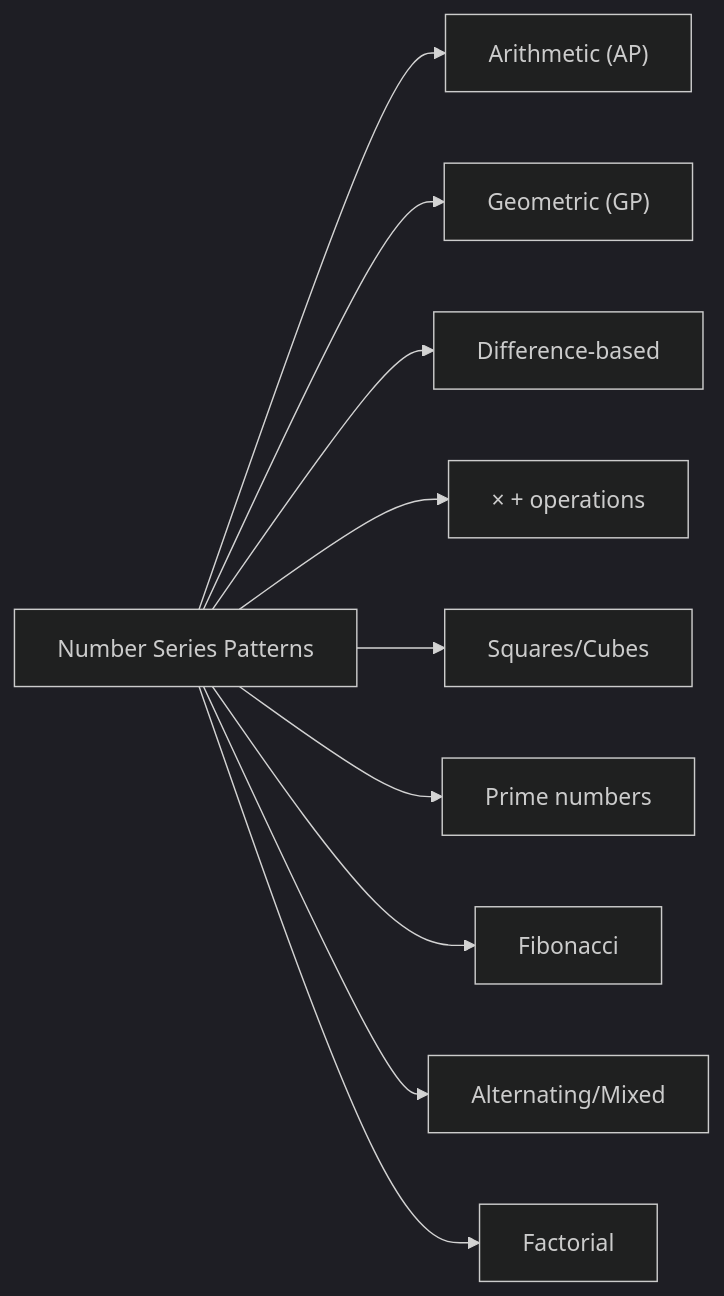
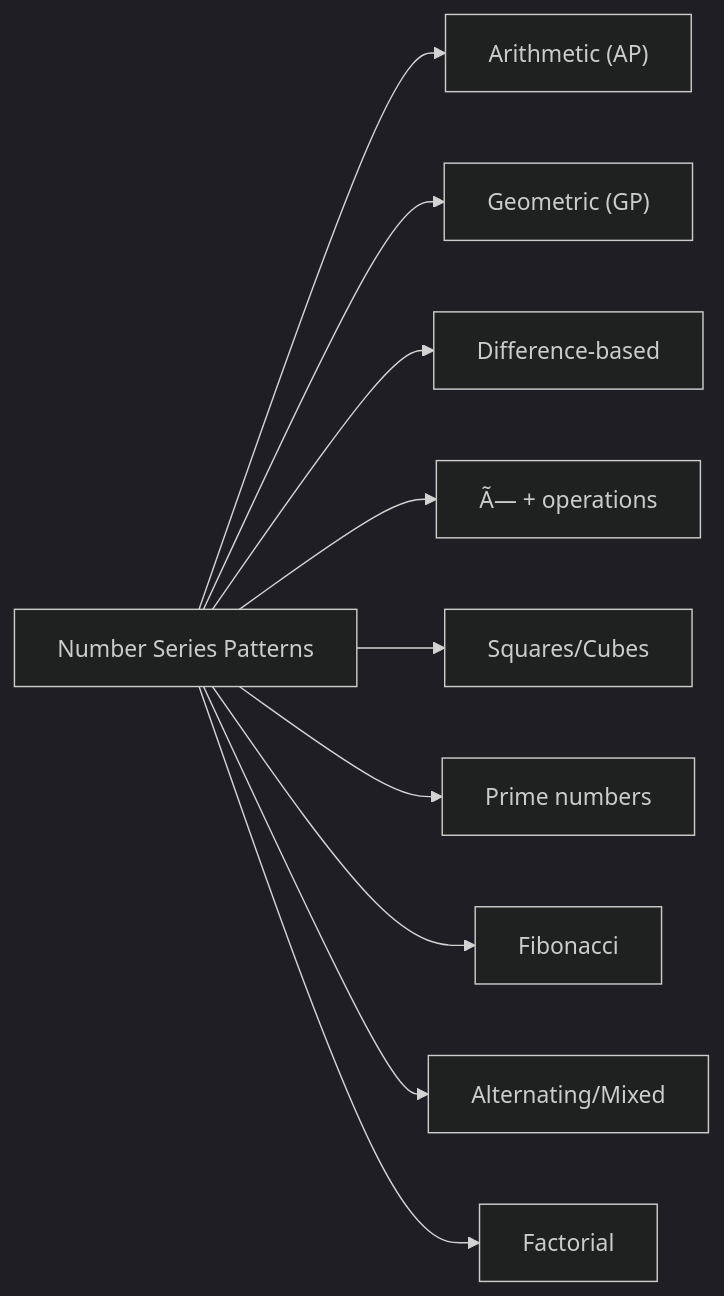
The second of 6 diagrams in docs/courses/quantitative-aptitude/04-number-series.md (Raushan666java/ai-engineering-journey), drawn with Mermaid (dark theme) before and after one commit. The commit also changed other lines of this file and 735 other files, not shown here.

````diff
--- a/docs/courses/quantitative-aptitude/04-number-series.md
+++ b/docs/courses/quantitative-aptitude/04-number-series.md
@@ -162,12 +162,12 @@
 ```mermaid
 flowchart LR
     A["Number Series Patterns"] --> B["Arithmetic (AP)"]
     A --> C["Geometric (GP)"]
     A --> D["Difference-based"]
-    A --> E["× + operations"]
+    A --> E["Ã— + operations"]
     A --> F["Squares/Cubes"]
     A --> G["Prime numbers"]
     A --> H["Fibonacci"]
     A --> I["Alternating/Mixed"]
     A --> J["Factorial"]
 ```
````
